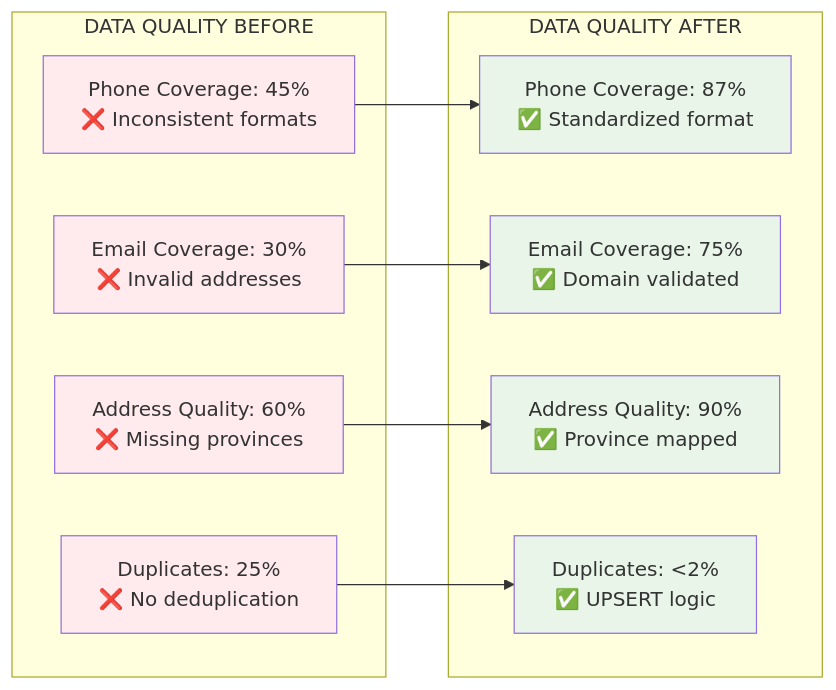
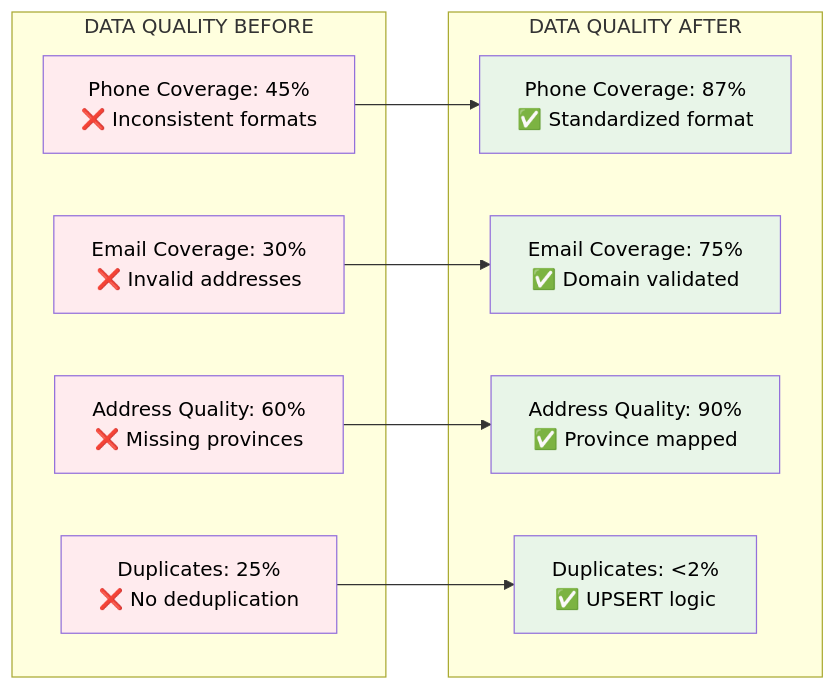
The ninth of 13 diagrams in README_CDP_PAC.md (sonphampac/ReportAI), drawn with Mermaid before and after one commit. The commit also changed other lines of this file, not shown here.

````diff
--- a/README_CDP_PAC.md
+++ b/README_CDP_PAC.md
@@ -1204,30 +1181,30 @@
 ```mermaid
 graph LR
     subgraph "DATA QUALITY BEFORE"
         B1[Phone Coverage: 45%<br/>❌ Inconsistent formats]
         B2[Email Coverage: 30%<br/>❌ Invalid addresses] 
         B3[Address Quality: 60%<br/>❌ Missing provinces]
         B4[Duplicates: 25%<br/>❌ No deduplication]
     end
     
     subgraph "DATA QUALITY AFTER"
         A1[Phone Coverage: 87%<br/>✅ Standardized format]
         A2[Email Coverage: 75%<br/>✅ Domain validated]
         A3[Address Quality: 90%<br/>✅ Province mapped]
         A4[Duplicates: <2%<br/>✅ UPSERT logic]
     end
     
     B1 --> A1
     B2 --> A2
     B3 --> A3
     B4 --> A4
     
-    style B1 fill:#ffebee
-    style B2 fill:#ffebee
-    style B3 fill:#ffebee
-    style B4 fill:#ffebee
-    style A1 fill:#e8f5e8
-    style A2 fill:#e8f5e8
-    style A3 fill:#e8f5e8
-    style A4 fill:#e8f5e8
+    style B1 fill:#ffebee,color:#000000
+    style B2 fill:#ffebee,color:#000000
+    style B3 fill:#ffebee,color:#000000
+    style B4 fill:#ffebee,color:#000000
+    style A1 fill:#e8f5e8,color:#000000
+    style A2 fill:#e8f5e8,color:#000000
+    style A3 fill:#e8f5e8,color:#000000
+    style A4 fill:#e8f5e8,color:#000000
 ```
````
